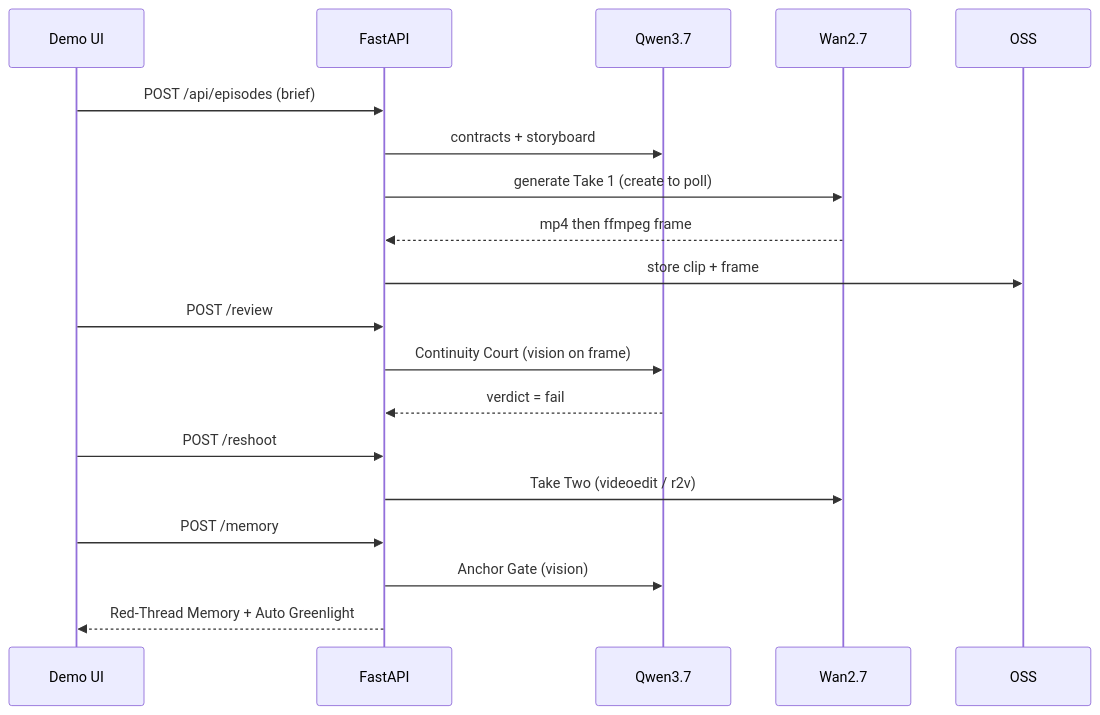
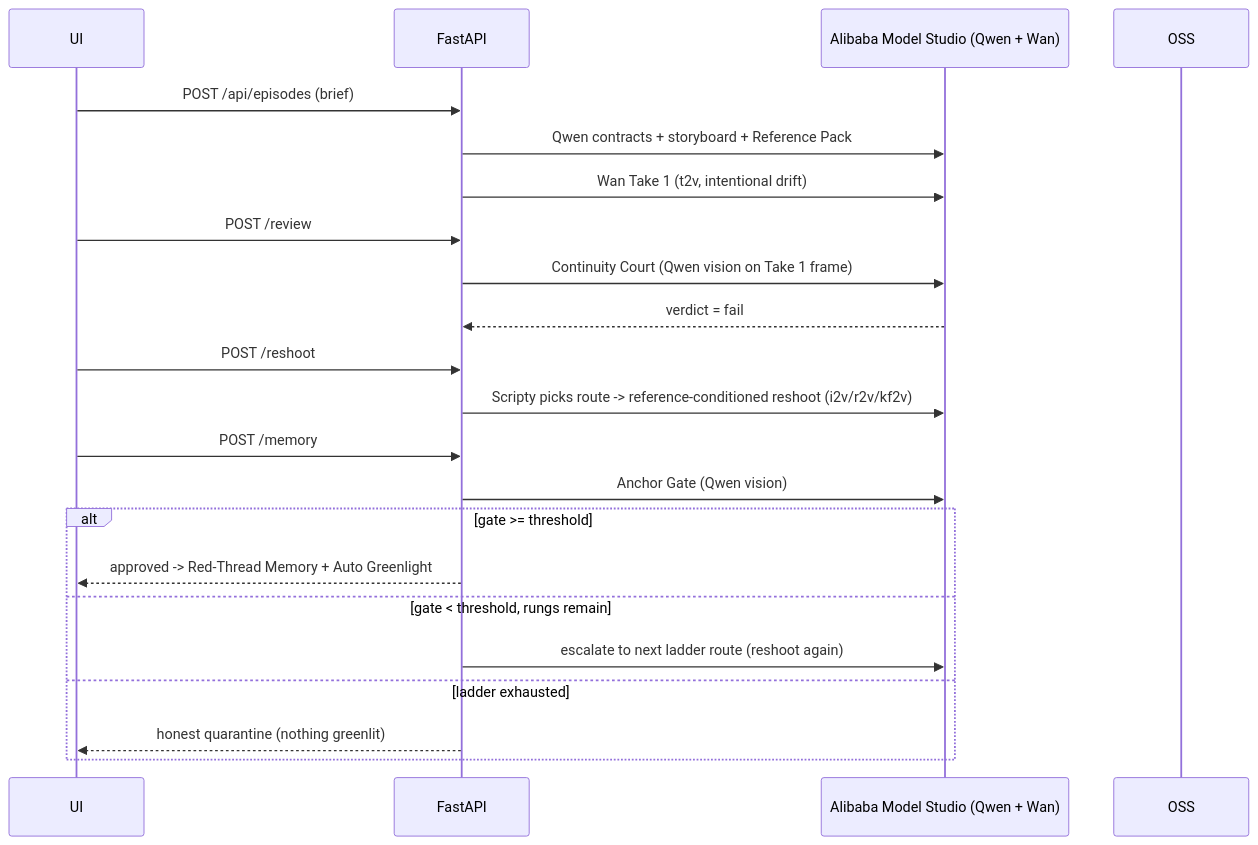
Before and after one commit to ComBba/circle-take: the third of 3 diagrams in docs/architecture.md, drawn with Mermaid. The commit also changed other lines of this file and 2 other files, not shown here.

First line of the commit message:
docs: update README/architecture/devpost to the self-correcting build + Path A Alibaba proof

````diff
--- a/docs/architecture.md
+++ b/docs/architecture.md
@@ -54,21 +70,24 @@
 ```mermaid
 sequenceDiagram
-  participant U as Demo UI
+  participant U as UI
   participant API as FastAPI
-  participant Q as Qwen3.7
-  participant W as Wan2.7
+  participant MS as Alibaba Model Studio (Qwen + Wan)
   participant O as OSS
   U->>API: POST /api/episodes (brief)
-  API->>Q: contracts + storyboard
-  API->>W: generate Take 1 (create to poll)
-  W-->>API: mp4 then ffmpeg frame
-  API->>O: store clip + frame
+  API->>MS: Qwen contracts + storyboard + Reference Pack
+  API->>MS: Wan Take 1 (t2v, intentional drift)
   U->>API: POST /review
-  API->>Q: Continuity Court (vision on frame)
-  Q-->>API: verdict = fail
+  API->>MS: Continuity Court (Qwen vision on Take 1 frame)
+  MS-->>API: verdict = fail
   U->>API: POST /reshoot
-  API->>W: Take Two (videoedit / r2v)
+  API->>MS: Scripty picks route -> reference-conditioned reshoot (i2v/r2v/kf2v)
   U->>API: POST /memory
-  API->>Q: Anchor Gate (vision)
-  API-->>U: Red-Thread Memory + Auto Greenlight
+  API->>MS: Anchor Gate (Qwen vision)
+  alt gate >= threshold
+    API-->>U: approved -> Red-Thread Memory + Auto Greenlight
+  else gate < threshold, rungs remain
+    API->>MS: escalate to next ladder route (reshoot again)
+  else ladder exhausted
+    API-->>U: honest quarantine (nothing greenlit)
+  end
 ```
````
